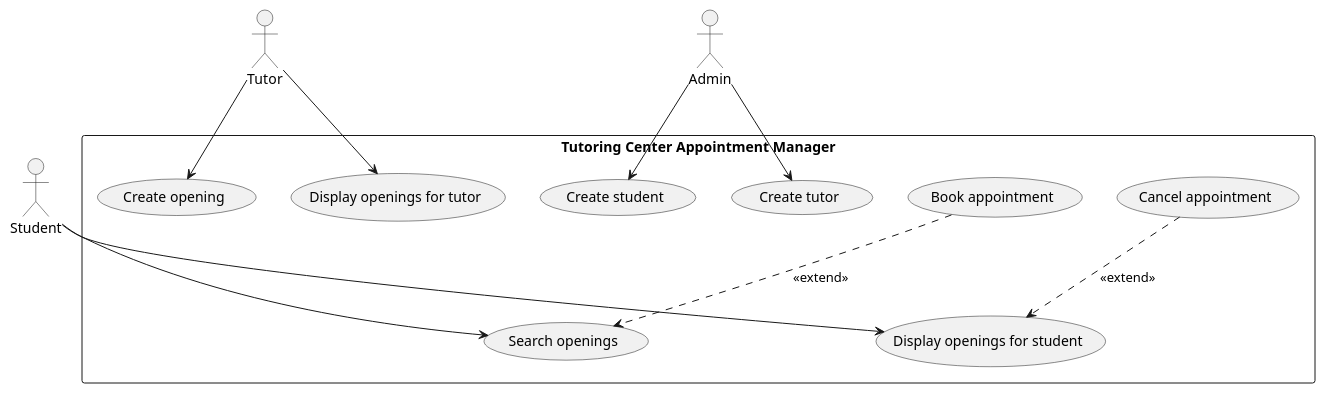
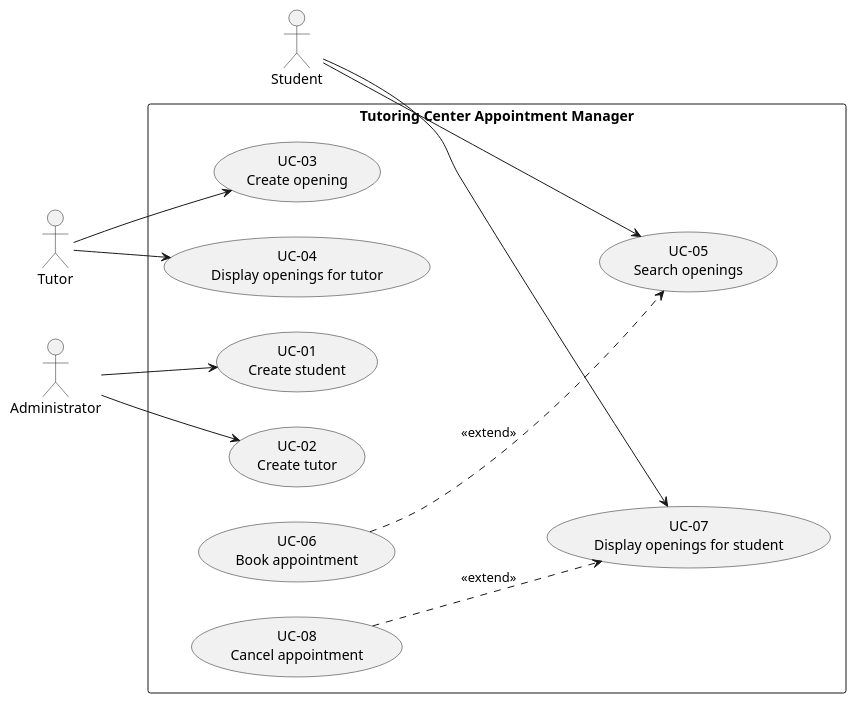
One commit to localhost433/OOPFinalProject changed the diagram in docs/use-case-diagram.puml. Above: the diagram before and after it, drawn with PlantUML. The commit also changed 10 other files, not shown here.

Commit message:
seq diagrams

```diff
--- a/docs/use-case-diagram.puml
+++ b/docs/use-case-diagram.puml
@@ -1,33 +1,36 @@
 @startuml use-case-diagram
 ' Use case diagram — Tutoring Center Appointment Manager
 
-actor Student as student
-actor Tutor as tutor
-actor Admin as admin
+left to right direction
+skinparam packageStyle rectangle
+
+actor Student        as student
+actor Tutor          as tutor
+actor Administrator  as admin
 
 rectangle "Tutoring Center Appointment Manager" {
-  usecase searchOpen    as "Search openings"
-  usecase displayStudent as "Display openings for student"
-  usecase bookApp       as "Book appointment"
-  usecase cancelApp     as "Cancel appointment"
+  usecase createStudent  as "UC-01\nCreate student"
+  usecase createTutor    as "UC-02\nCreate tutor"
 
-  usecase createOpening as "Create opening"
-  usecase displayTutor  as "Display openings for tutor"
+  usecase createOpening  as "UC-03\nCreate opening"
+  usecase displayTutor   as "UC-04\nDisplay openings for tutor"
 
-  usecase createStudent as "Create student"
-  usecase createTutor   as "Create tutor"
+  usecase searchOpen     as "UC-05\nSearch openings"
+  usecase bookApp        as "UC-06\nBook appointment"
+  usecase displayStudent as "UC-07\nDisplay openings for student"
+  usecase cancelApp      as "UC-08\nCancel appointment"
 }
+
+admin   --> createStudent
+admin   --> createTutor
+
+tutor   --> createOpening
+tutor   --> displayTutor
 
 student --> searchOpen
 student --> displayStudent
-
-tutor --> createOpening
-tutor --> displayTutor
-
-admin --> createStudent
-admin --> createTutor
 
 bookApp   ..> searchOpen  : <<extend>>
 cancelApp ..> displayStudent : <<extend>>
 
 @enduml
```
